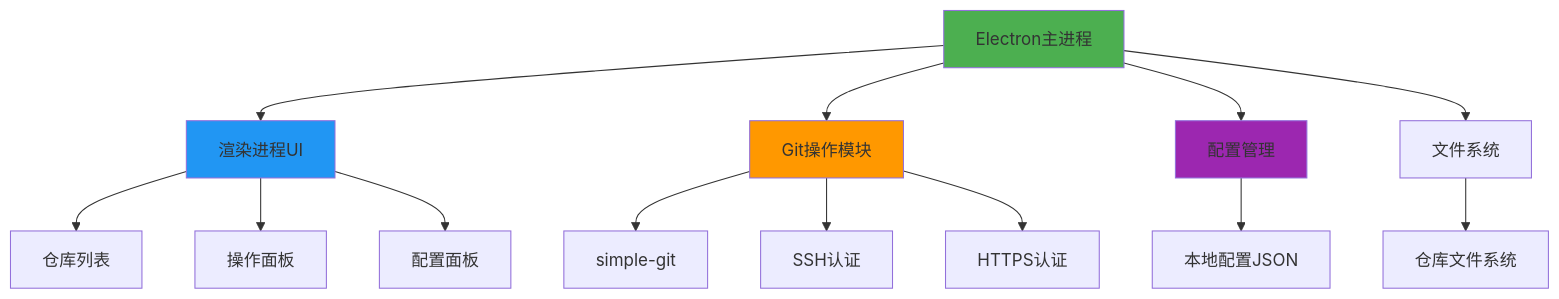
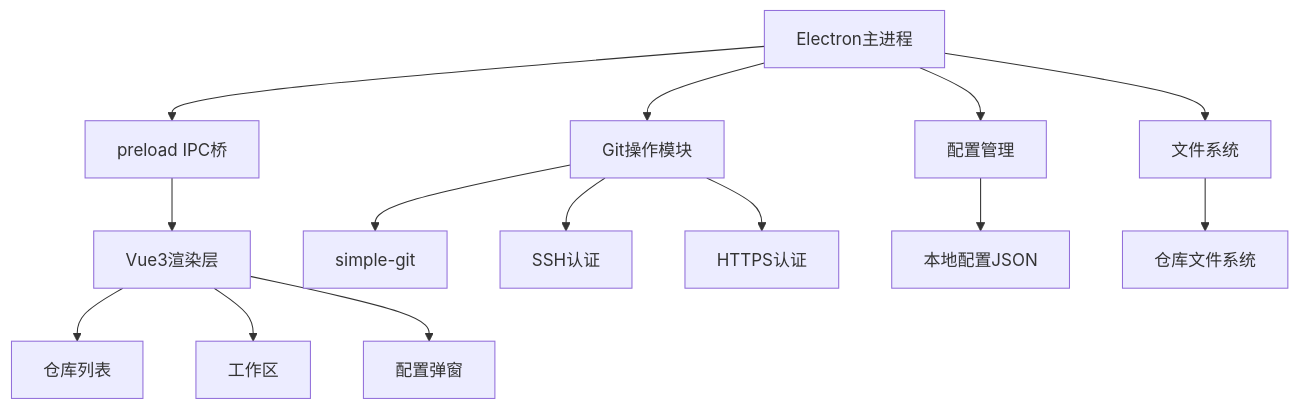
The diagram in README.md (sunflowermm/git-repository-manager), drawn with Mermaid before and after one commit. The commit also changed other lines of this file and 28 other files, not shown here.

````diff
--- a/README.md
+++ b/README.md
@@ -18,23 +18,19 @@
 ```mermaid
 graph TB
-    A[Electron主进程] --> B[渲染进程UI]
+    A[Electron主进程] --> P[preload IPC桥]
+    P --> B[Vue3渲染层]
     A --> C[Git操作模块]
     A --> D[配置管理]
     A --> E[文件系统]
     
     B --> F[仓库列表]
-    B --> G[操作面板]
-    B --> H[配置面板]
+    B --> G[工作区]
+    B --> H[配置弹窗]
     
     C --> I[simple-git]
     C --> J[SSH认证]
     C --> K[HTTPS认证]
     
     D --> L[本地配置JSON]
     E --> M[仓库文件系统]
-    
-    style A fill:#4CAF50
-    style B fill:#2196F3
-    style C fill:#FF9800
-    style D fill:#9C27B0
 ```
````
